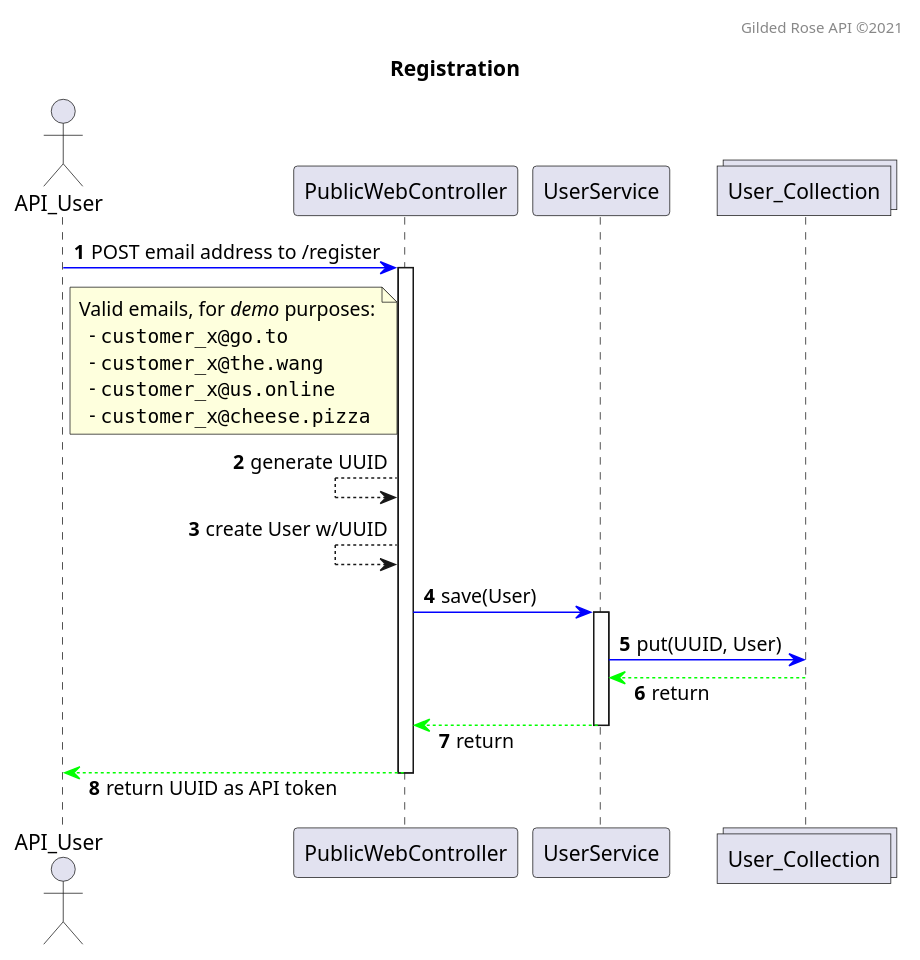
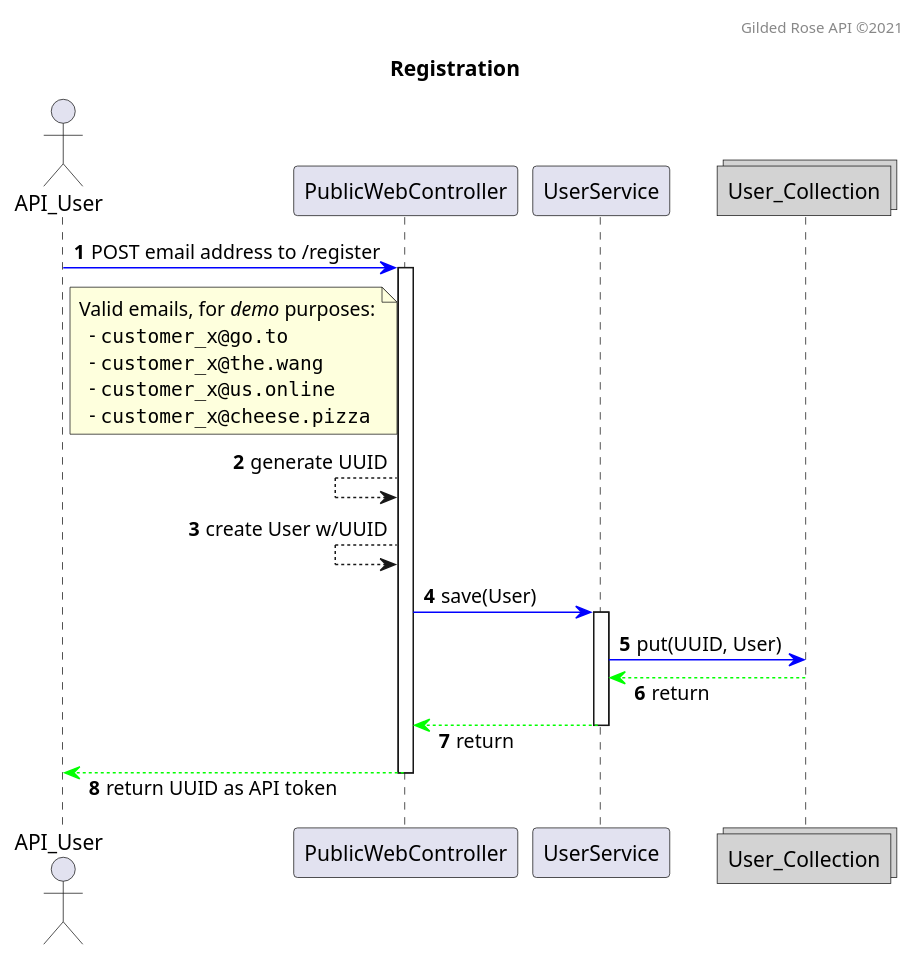
One commit to bladewheels/GildedRoseAPI changed the diagram in src/main/resources/seq.register.puml. Above: the diagram before and after it, drawn with PlantUML.

```diff
--- a/src/main/resources/seq.register.puml
+++ b/src/main/resources/seq.register.puml
@@ -1,32 +1,32 @@
 @startuml
 skinparam responseMessageBelowArrow true
 autonumber
 
 title Registration
 header Gilded Rose API ©2021
 
 actor API_User
 participant PublicWebController
 participant UserService
-collections User_Collection
+collections User_Collection #D3D3D3
 
 API_User -[#0000FF]> PublicWebController : POST email address to /register
 note right of API_User
  Valid emails, for //demo// purposes:
    - ""customer_x@go.to""
    - ""customer_x@the.wang""
    - ""customer_x@us.online""
    - ""customer_x@cheese.pizza""
 end note
 activate PublicWebController
 PublicWebController <-- PublicWebController : generate UUID
 PublicWebController <-- PublicWebController : create User w/UUID
 PublicWebController -[#0000FF]> UserService : save(User)
 activate UserService
 UserService -[#0000FF]> User_Collection : put(UUID, User)
 UserService <[#00FF00]-- User_Collection : return
 PublicWebController <[#00FF00]-- UserService : return
 deactivate UserService
 API_User <[#00FF00]-- PublicWebController : return UUID as API token
 deactivate PublicWebController
 @enduml
```
